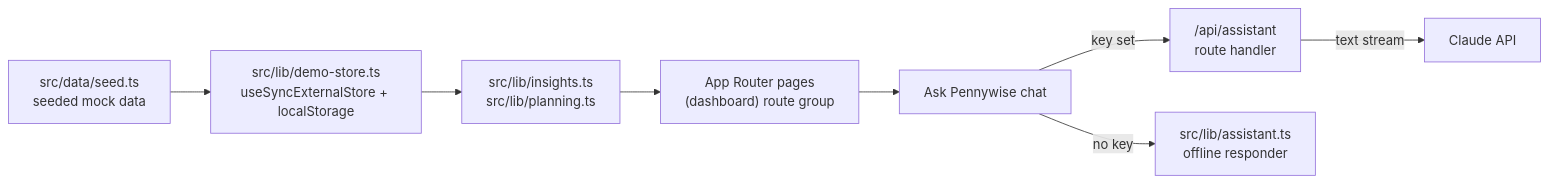
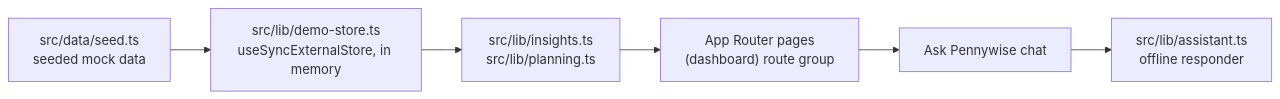
One commit to Areal-G/pennywise changed the diagram in README.md. Above: the diagram before and after it, drawn with Mermaid. The commit also changed other lines of this file and 11 other files, not shown here.

````diff
--- a/README.md
+++ b/README.md
@@ -147,10 +149,8 @@
 ```mermaid
 flowchart LR
-    Seed["src/data/seed.ts<br/>seeded mock data"] --> Store["src/lib/demo-store.ts<br/>useSyncExternalStore + localStorage"]
+    Seed["src/data/seed.ts<br/>seeded mock data"] --> Store["src/lib/demo-store.ts<br/>useSyncExternalStore, in memory"]
     Store --> Derive["src/lib/insights.ts<br/>src/lib/planning.ts"]
     Derive --> Pages["App Router pages<br/>(dashboard) route group"]
     Pages --> Chat["Ask Pennywise chat"]
-    Chat -->|"key set"| Route["/api/assistant<br/>route handler"]
-    Route -->|"text stream"| Claude["Claude API"]
-    Chat -->|"no key"| Offline["src/lib/assistant.ts<br/>offline responder"]
+    Chat --> Offline["src/lib/assistant.ts<br/>offline responder"]
 ```
````
